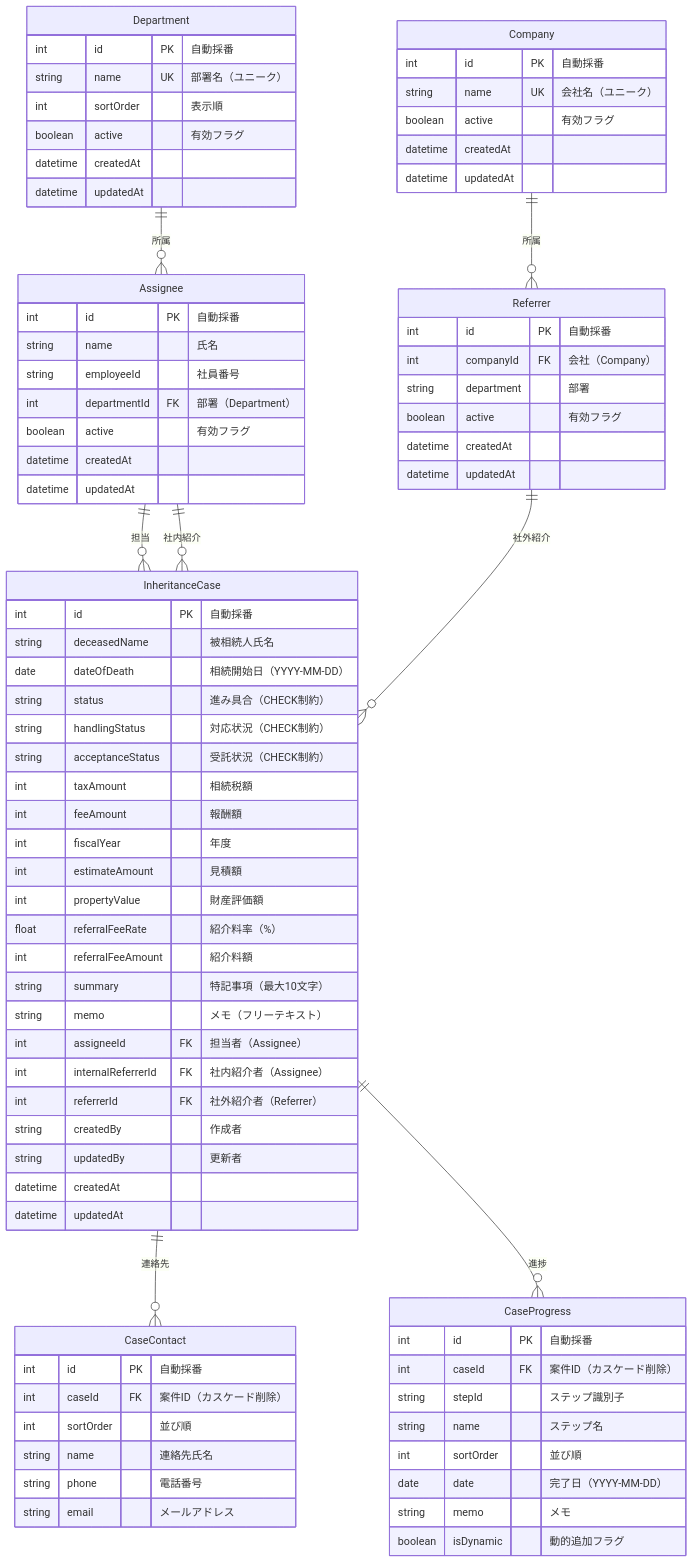
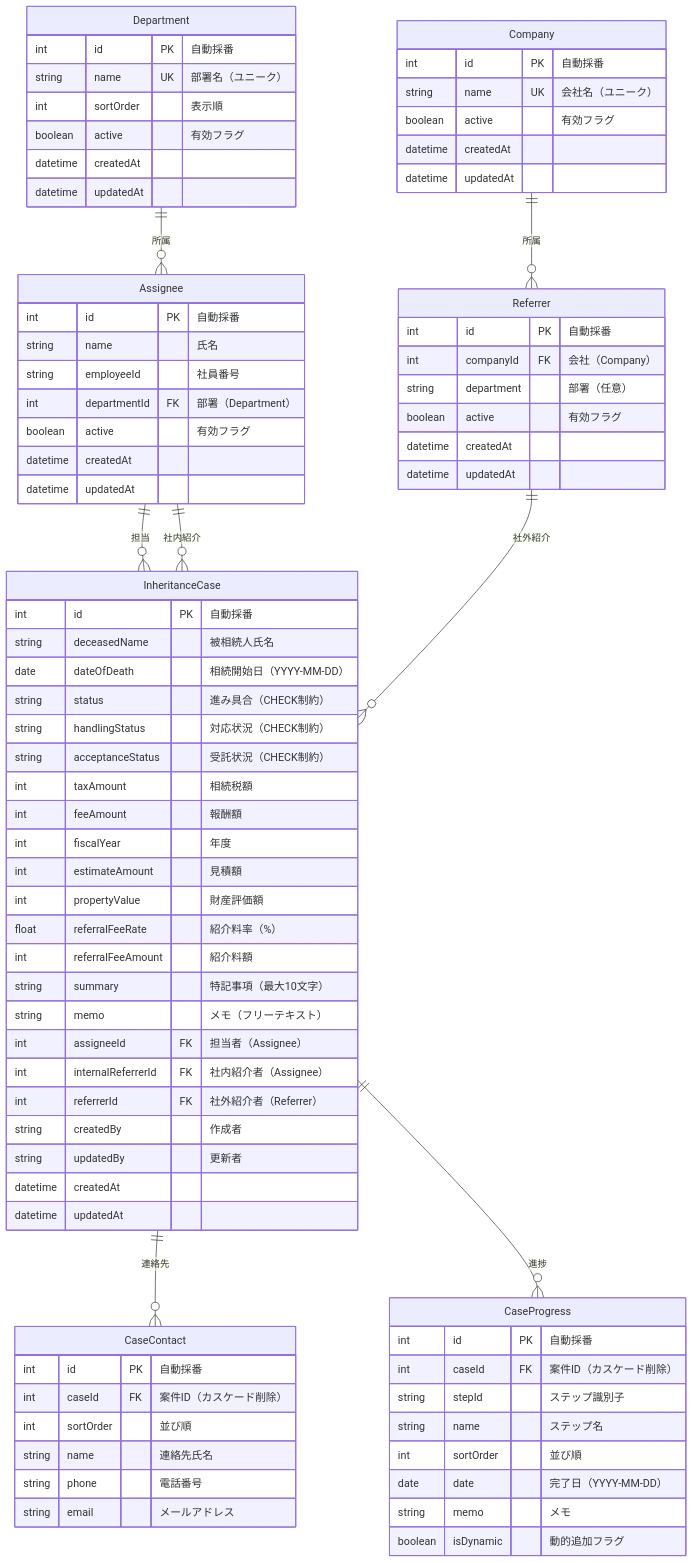
One commit to kojima1978/tax_apps changed the diagram in apps/inheritance-case-management/README.md. Above: the diagram before and after it, drawn with Mermaid. The commit also changed other lines of this file, not shown here.

```diff
--- a/apps/inheritance-case-management/README.md
+++ b/apps/inheritance-case-management/README.md
@@ -422,7 +433,7 @@
     Referrer {
         int id PK "自動採番"
         int companyId FK "会社（Company）"
-        string department "部署"
+        string department "部署（任意）"
         boolean active "有効フラグ"
         datetime createdAt
         datetime updatedAt
```
